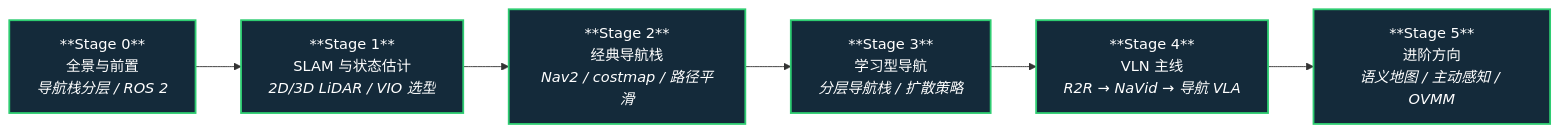
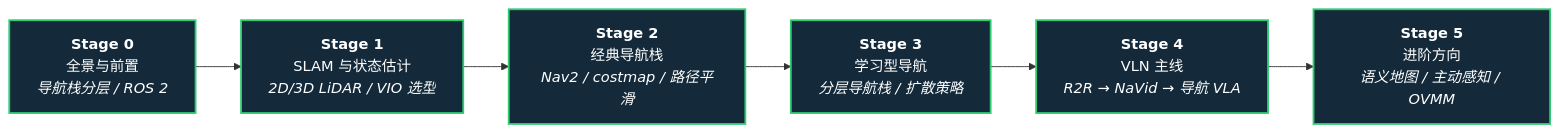
One commit to ImChong/Robotics_Notebooks changed the diagram in roadmap/depth-navigation.md. Above: the diagram before and after it, drawn with Mermaid. The commit also changed 27 other files, not shown here.

First line of the commit message:
fix(ux): 修复纵深路线一览 Mermaid 节点 ** 原样显示

````diff
--- a/roadmap/depth-navigation.md
+++ b/roadmap/depth-navigation.md
@@ -7,14 +7,14 @@
 ```mermaid
 flowchart LR
-  S0["**Stage 0**<br/>全景与前置<br/><em>导航栈分层 / ROS 2</em>"]
-  S1["**Stage 1**<br/>SLAM 与状态估计<br/><em>2D/3D LiDAR / VIO 选型</em>"]
-  S2["**Stage 2**<br/>经典导航栈<br/><em>Nav2 / costmap / 路径平滑</em>"]
-  S3["**Stage 3**<br/>学习型导航<br/><em>分层导航栈 / 扩散策略</em>"]
-  S4["**Stage 4**<br/>VLN 主线<br/><em>R2R → NaVid → 导航 VLA</em>"]
-  S5["**Stage 5**<br/>进阶方向<br/><em>语义地图 / 主动感知 / OVMM</em>"]
+  S0["<b>Stage 0</b><br/>全景与前置<br/><em>导航栈分层 / ROS 2</em>"]
+  S1["<b>Stage 1</b><br/>SLAM 与状态估计<br/><em>2D/3D LiDAR / VIO 选型</em>"]
+  S2["<b>Stage 2</b><br/>经典导航栈<br/><em>Nav2 / costmap / 路径平滑</em>"]
+  S3["<b>Stage 3</b><br/>学习型导航<br/><em>分层导航栈 / 扩散策略</em>"]
+  S4["<b>Stage 4</b><br/>VLN 主线<br/><em>R2R → NaVid → 导航 VLA</em>"]
+  S5["<b>Stage 5</b><br/>进阶方向<br/><em>语义地图 / 主动感知 / OVMM</em>"]
 
   S0 --> S1 --> S2 --> S3 --> S4 --> S5
 
   classDef stage fill:#142a3a,stroke:#2ecc71,stroke-width:2px,color:#fff
   class S0,S1,S2,S3,S4,S5 stage
 ```
````
